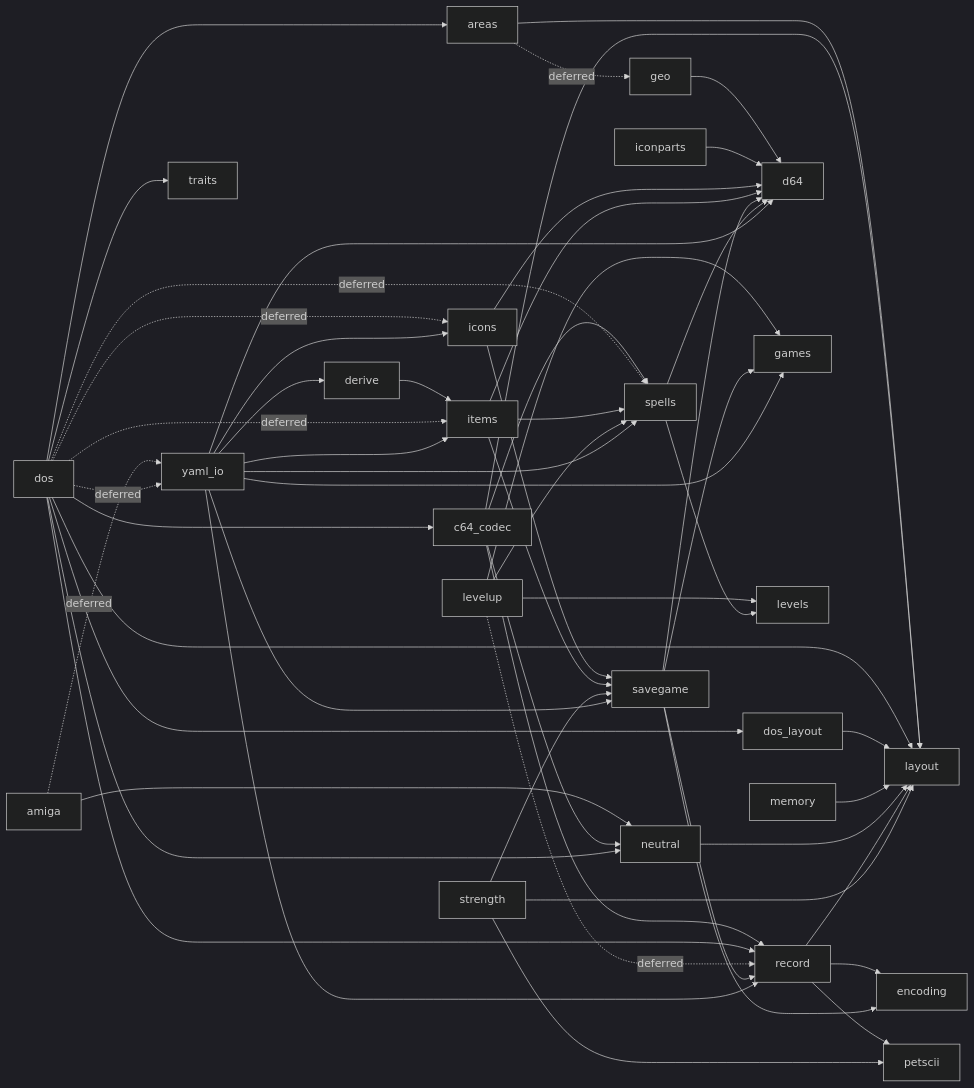
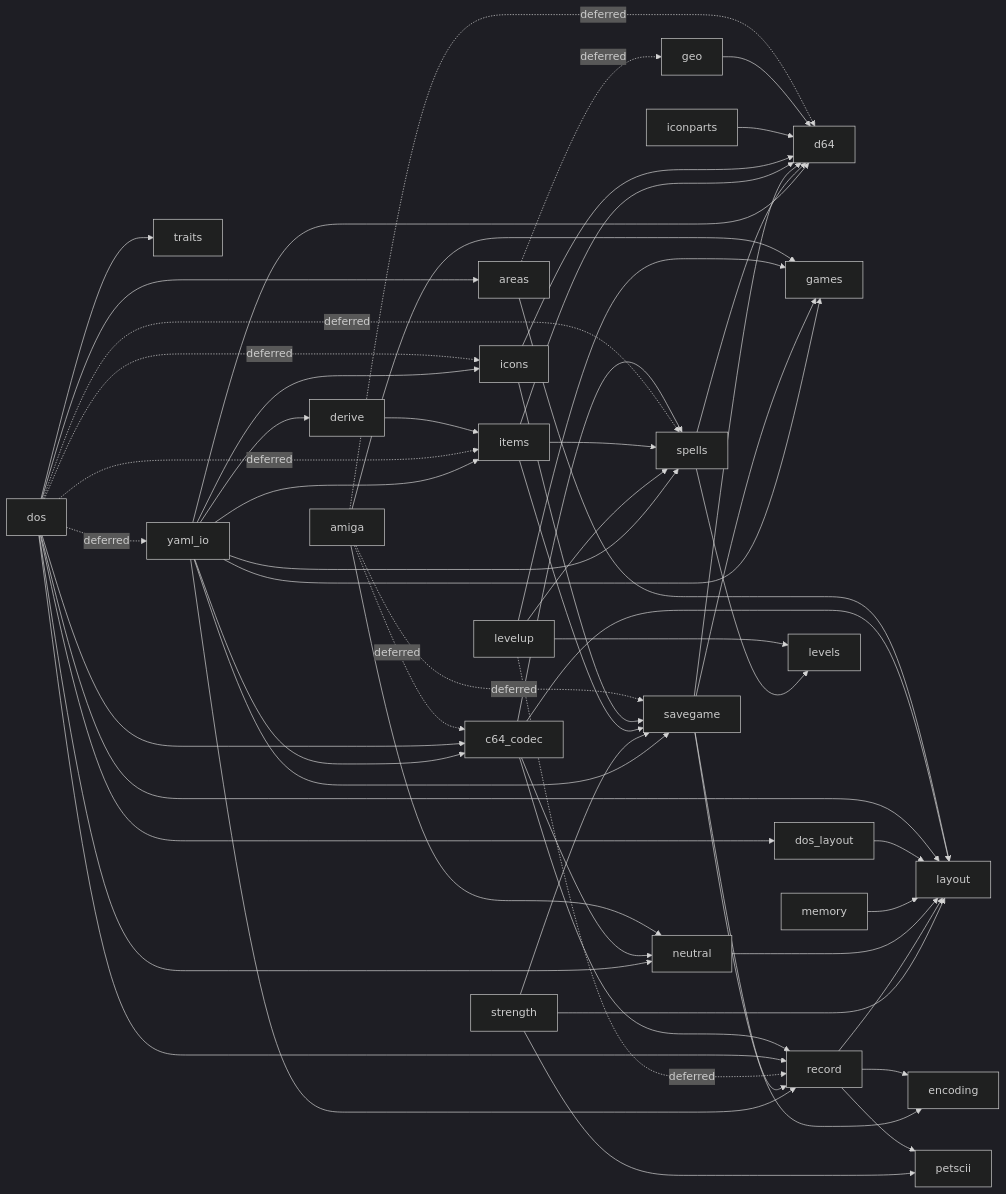
Before and after one commit to malcyon/wish: the fourth of 4 diagrams in docs/117-save-conversion.md, drawn with Mermaid (dark theme). The commit also changed other lines of this file and 10 other files, not shown here.

First line of the commit message:
Put every codec on the neutral record, so the Amiga stops going through YAML (#25)

````diff
--- a/docs/117-save-conversion.md
+++ b/docs/117-save-conversion.md
@@ -1179,57 +1242,61 @@
 ```mermaid
 graph LR
+  amiga -.->|deferred| c64_codec
+  amiga -.->|deferred| d64
+  amiga --> games
   amiga --> neutral
-  amiga -.->|deferred| yaml_io
+  amiga -.->|deferred| savegame
   areas -.->|deferred| geo
   areas --> layout
   c64_codec --> layout
   c64_codec --> neutral
   c64_codec --> record
   c64_codec --> spells
   derive --> items
   dos --> areas
   dos --> c64_codec
   dos --> dos_layout
   dos -.->|deferred| icons
   dos -.->|deferred| items
   dos --> layout
   dos --> neutral
   dos --> record
   dos -.->|deferred| spells
   dos --> traits
   dos -.->|deferred| yaml_io
   dos_layout --> layout
   geo --> d64
   iconparts --> d64
   icons --> d64
   icons --> savegame
   items --> d64
   items --> savegame
   items --> spells
   levelup --> games
   levelup --> levels
   levelup -.->|deferred| record
   levelup --> spells
   memory --> layout
   neutral --> layout
   record --> encoding
   record --> layout
   record --> petscii
   savegame --> d64
   savegame --> encoding
   savegame --> games
   savegame --> record
   spells --> d64
   spells --> levels
   strength --> layout
   strength --> petscii
   strength --> savegame
+  yaml_io --> c64_codec
   yaml_io --> d64
   yaml_io --> derive
   yaml_io --> games
   yaml_io --> icons
   yaml_io --> items
   yaml_io --> record
   yaml_io --> savegame
   yaml_io --> spells
 ```
````
